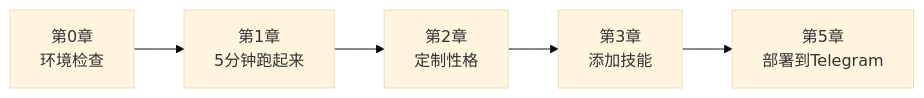
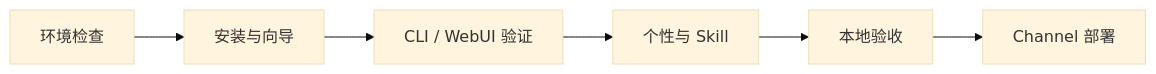
The diagram in docs/zh-cn/zero/00-before-you-start.md (sine-io/byte-of-nanobot), drawn with Mermaid (base theme) before and after one commit. The commit also changed other lines of this file and 3 other files, not shown here.

````diff
--- a/docs/zh-cn/zero/00-before-you-start.md
+++ b/docs/zh-cn/zero/00-before-you-start.md
@@ -50,7 +36,8 @@
 ```mermaid
 flowchart LR
-    A[第0章<br/>环境检查] --> B[第1章<br/>5分钟跑起来]
-    B --> C[第2章<br/>定制性格]
-    C --> D[第3章<br/>添加技能]
-    D --> E[第5章<br/>部署到Telegram]
+    A[环境检查] --> B[安装与向导]
+    B --> C[CLI / WebUI 验证]
+    C --> D[个性与 Skill]
+    D --> E[本地验收]
+    E --> F[Channel 部署]
 ```
````
